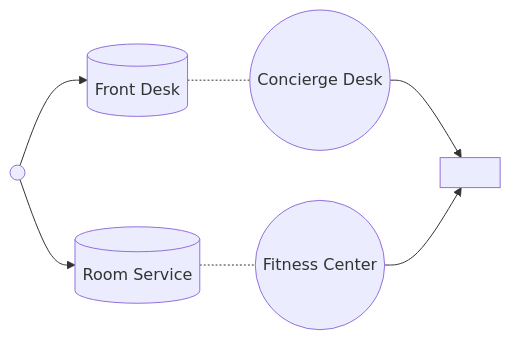
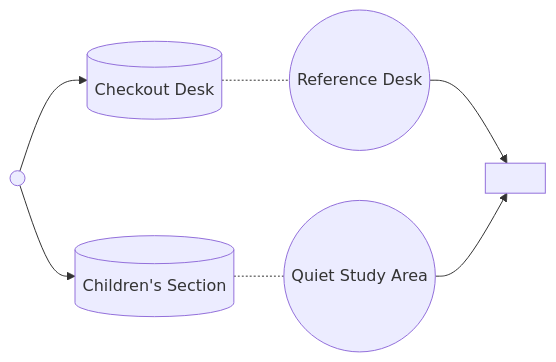
One commit to MKRadius/JavaOOP changed the second of 2 diagrams in Week_4/OrientationTask/WritingTask.md. Above: the diagram before and after it, drawn with Mermaid. The commit also changed other lines of this file, not shown here.

````diff
--- a/Week_4/OrientationTask/WritingTask.md
+++ b/Week_4/OrientationTask/WritingTask.md
@@ -69,12 +68,11 @@
 ```mermaid
 flowchart LR
-    nowhere1[ ] --> buffer1[(Front Desk)]
+    nowhere1[ ] --> buffer1[(Checkout Desk)]
 
-    buffer1 -.- servicepoint((Concierge Desk))
+    buffer1 -.- servicepoint((Reference Desk))
     servicepoint --> nowhere2[ ]
 
-    nowhere1(( )) --> buffer2[(Room Service)]
-    buffer2 -.- servicepoint2((Fitness Center))
+    nowhere1(( )) --> buffer2[(Children's Section)]
+    buffer2 -.- servicepoint2((Quiet Study Area))
     servicepoint2 --> nowhere2
-
 ```
````
